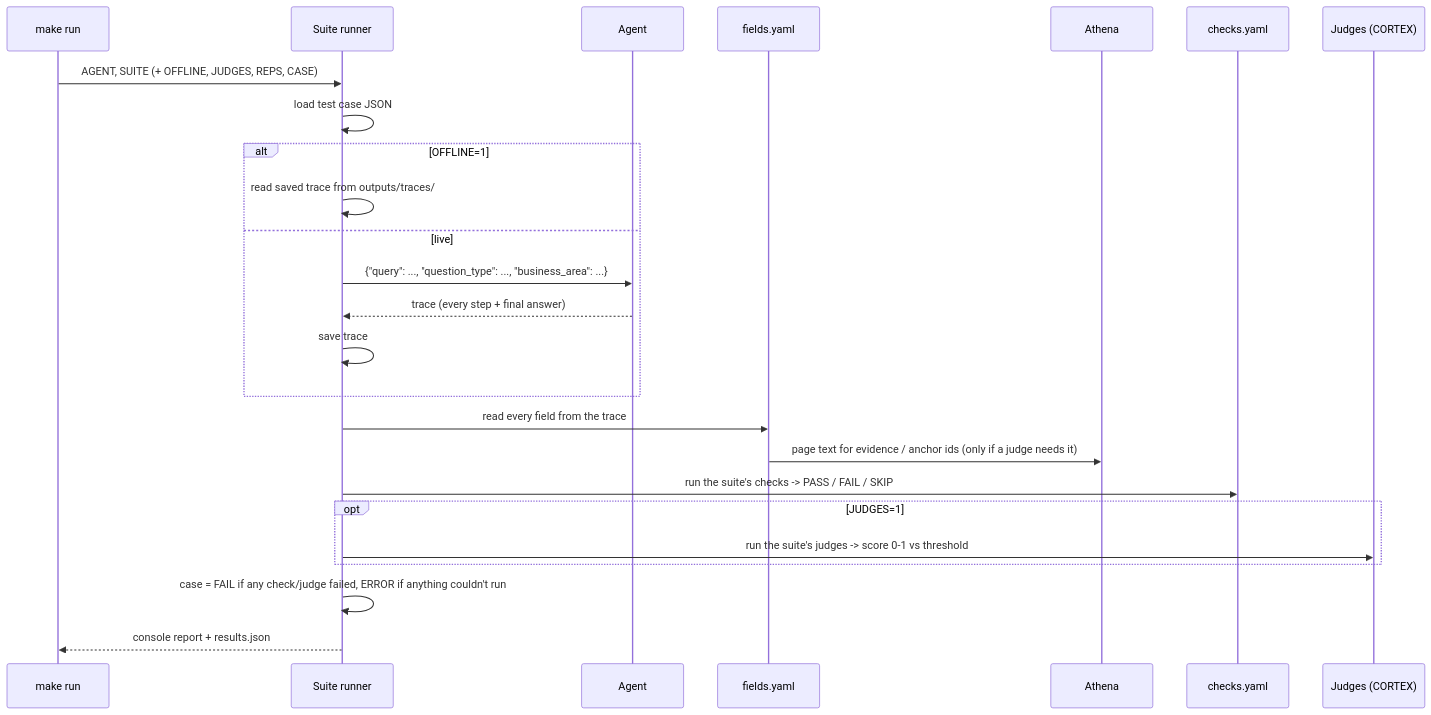
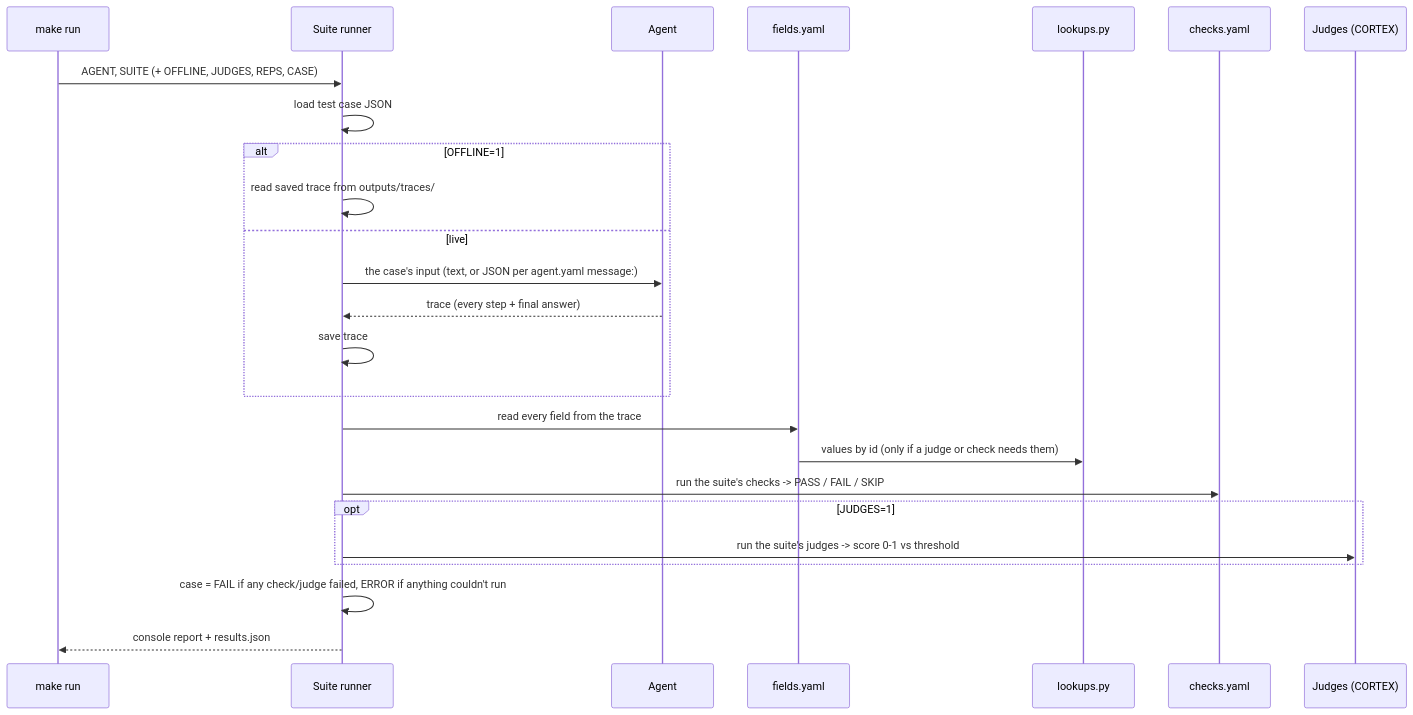
One commit to automationByVamsi/ai-eval-suite changed the second of 2 diagrams in README.md. Above: the diagram before and after it, drawn with Mermaid. The commit also changed other lines of this file and 2 other files, not shown here.

First line of the commit message:
README: agent-agnostic project README + agents/knowledge_agent/README.md

````diff
--- a/README.md
+++ b/README.md
@@ -89,27 +115,27 @@
 ```mermaid
 sequenceDiagram
     participant You as make run
     participant R as Suite runner
     participant A as Agent
     participant F as fields.yaml
-    participant At as Athena
+    participant L as lookups.py
     participant C as checks.yaml
     participant J as Judges (CORTEX)
     You->>R: AGENT, SUITE (+ OFFLINE, JUDGES, REPS, CASE)
     R->>R: load test case JSON
     alt OFFLINE=1
         R->>R: read saved trace from outputs/traces/
     else live
-        R->>A: {"query": ..., "question_type": ..., "business_area": ...}
+        R->>A: the case's input (text, or JSON per agent.yaml message:)
         A-->>R: trace (every step + final answer)
         R->>R: save trace
     end
     R->>F: read every field from the trace
-    F->>At: page text for evidence / anchor ids (only if a judge needs it)
+    F->>L: values by id (only if a judge or check needs them)
     R->>C: run the suite's checks -> PASS / FAIL / SKIP
     opt JUDGES=1
         R->>J: run the suite's judges -> score 0-1 vs threshold
     end
     R->>R: case = FAIL if any check/judge failed, ERROR if anything couldn't run
     R-->>You: console report + results.json
 ```
````
